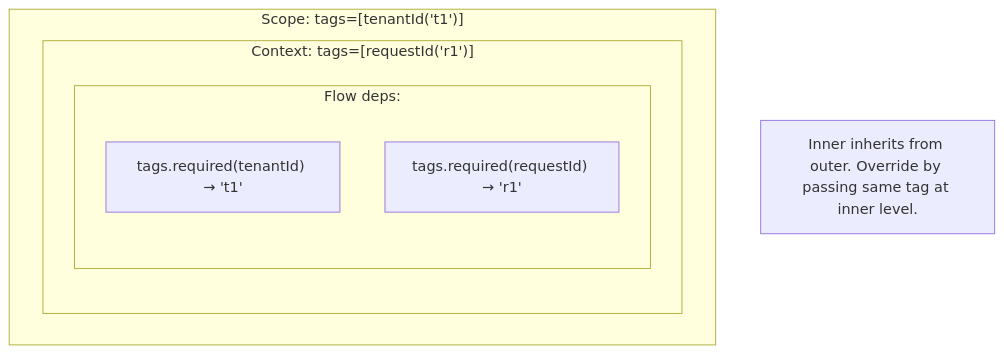
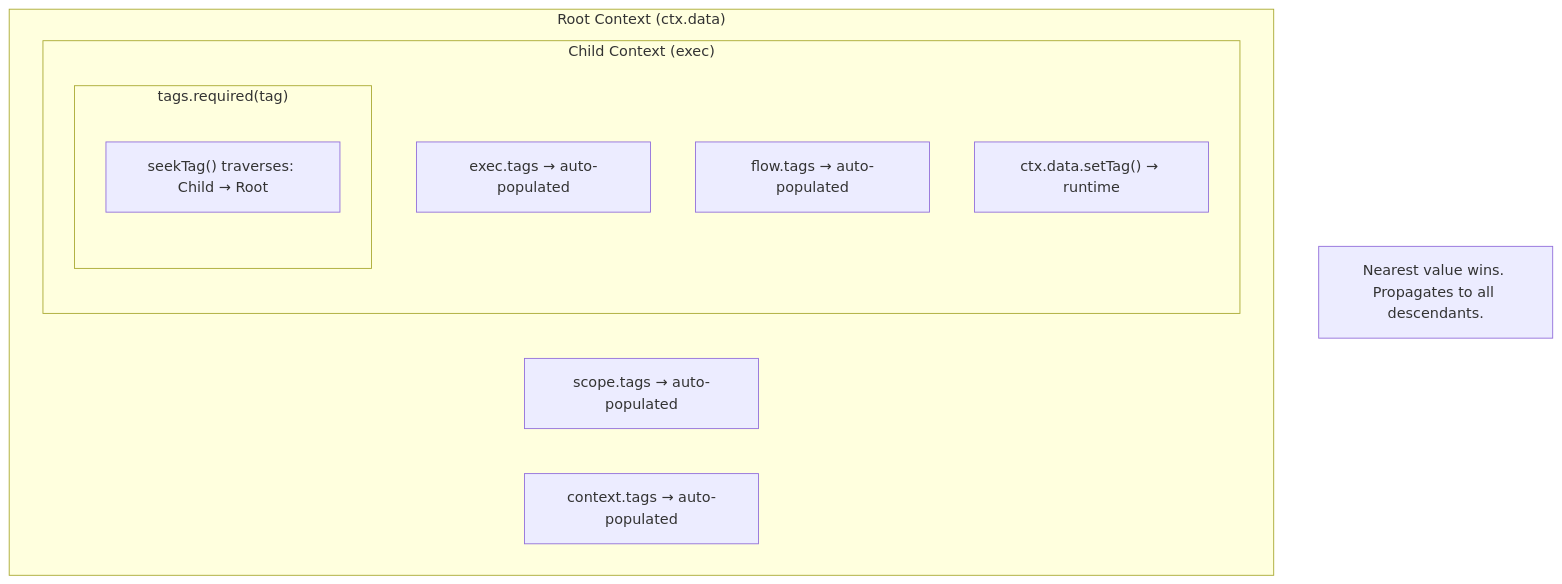
One commit to pumped-fn/pumped-fn changed the fourth of 5 diagrams in packages/lite/README.md. Above: the diagram before and after it, drawn with Mermaid. The commit also changed other lines of this file and 5 other files, not shown here.

First line of the commit message:
feat(lite): unify tag system under ctx.data with seekTag (ADR-023) (#205)

````diff
--- a/packages/lite/README.md
+++ b/packages/lite/README.md
@@ -79,13 +81,17 @@
 ```mermaid
 flowchart TD
-    subgraph Scope["Scope: tags=[tenantId('t1')]"]
-        subgraph Context["Context: tags=[requestId('r1')]"]
-            subgraph Flow["Flow deps:"]
-                T1["tags.required(tenantId) → 't1'"]
-                T2["tags.required(requestId) → 'r1'"]
+    subgraph Root["Root Context (ctx.data)"]
+        S["scope.tags → auto-populated"]
+        C["context.tags → auto-populated"]
+        subgraph Child["Child Context (exec)"]
+            E["exec.tags → auto-populated"]
+            F["flow.tags → auto-populated"]
+            D["ctx.data.setTag() → runtime"]
+            subgraph Deps["tags.required(tag)"]
+                R["seekTag() traverses: Child → Root"]
             end
         end
     end
 
-    Note["Inner inherits from outer. Override by passing same tag at inner level."]
+    Note["Nearest value wins. Propagates to all descendants."]
 ```
````
